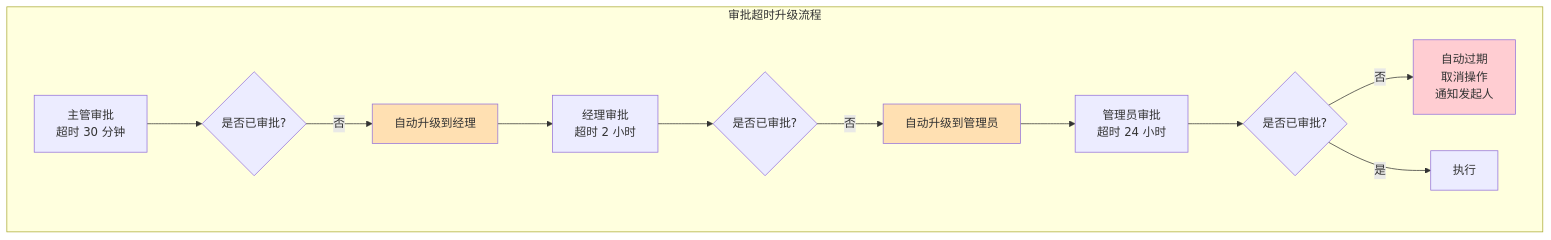
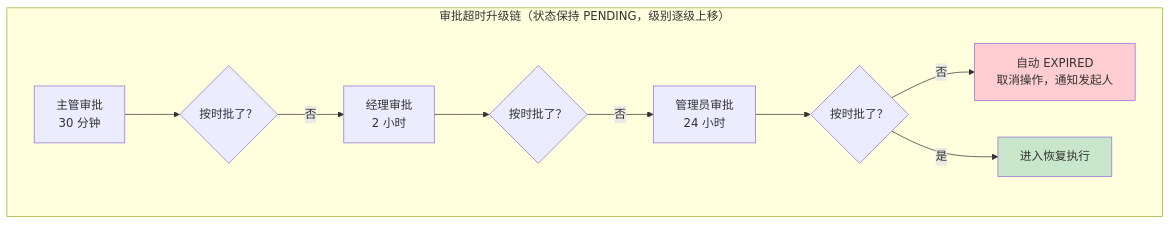
One commit to UranusGit/java-agent-learn changed the fifth of 5 diagrams in docs/教程/28-Human-in-the-Loop与审批流.md. Above: the diagram before and after it, drawn with Mermaid. The commit also changed other lines of this file and 244 other files, not shown here.

````diff
--- a/docs/教程/28-Human-in-the-Loop与审批流.md
+++ b/docs/教程/28-Human-in-the-Loop与审批流.md
@@ -531,18 +759,15 @@
 ```mermaid
 graph TB
-    subgraph 升级流程["审批超时升级流程"]
-        P["主管审批<br/>超时 30 分钟"] --> C1{"是否已审批?"}
-        C1 -->|否| U1["自动升级到经理"]
-        U1 --> M["经理审批<br/>超时 2 小时"]
-        M --> C2{"是否已审批?"}
-        C2 -->|否| U2["自动升级到管理员"]
-        U2 --> A["管理员审批<br/>超时 24 小时"]
-        A --> C3{"是否已审批?"}
-        C3 -->|否| E["自动过期<br/>取消操作<br/>通知发起人"]
-        C3 -->|是| EX["执行"]
+    subgraph 升级链["审批超时升级链（状态保持 PENDING，级别逐级上移）"]
+        P["主管审批<br/>30 分钟"] --> C1{"按时批了？"}
+        C1 -->|否| M["经理审批<br/>2 小时"]
+        M --> C2{"按时批了？"}
+        C2 -->|否| A["管理员审批<br/>24 小时"]
+        A --> C3{"按时批了？"}
+        C3 -->|否| E["自动 EXPIRED<br/>取消操作，通知发起人"]
+        C3 -->|是| EX["进入恢复执行"]
     end
 
-    style U1 fill:#ffe0b2
-    style U2 fill:#ffe0b2
     style E fill:#ffcdd2
+    style EX fill:#c8e6c9
 ```
````
